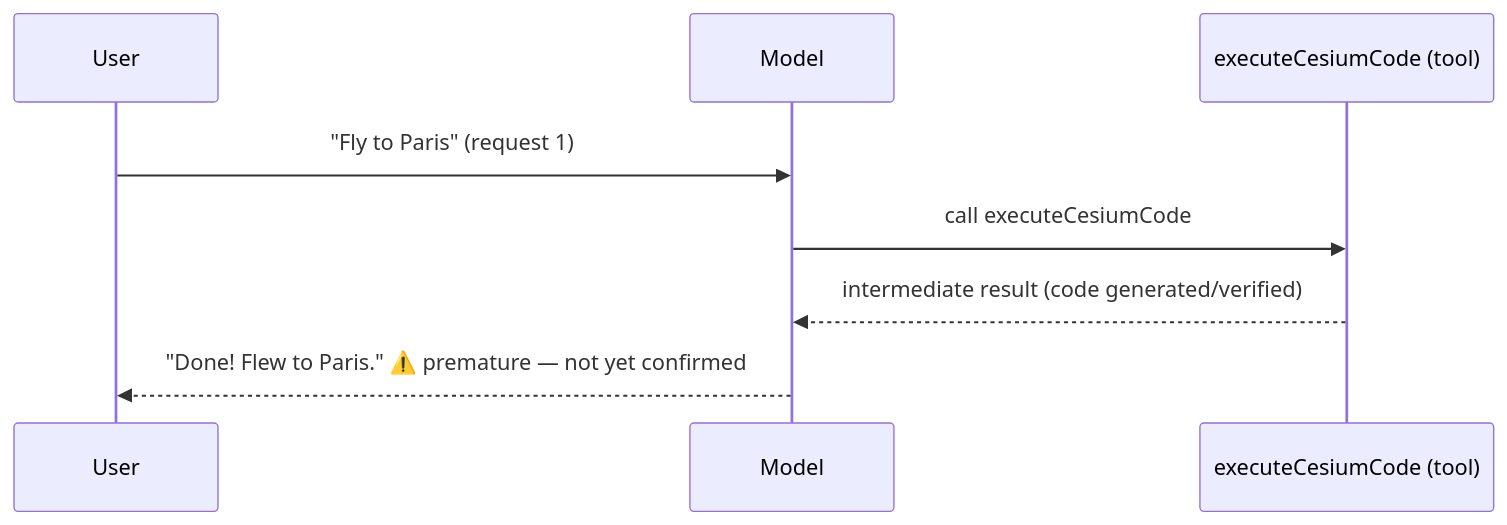
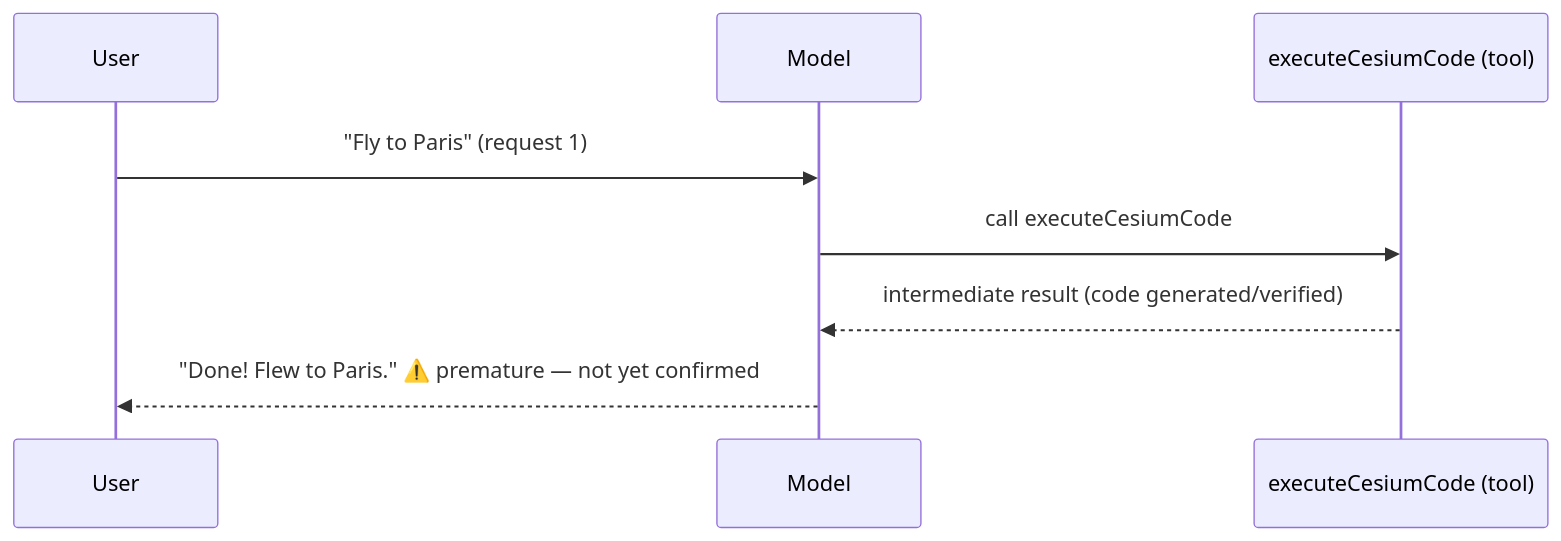
One commit to CesiumGS/cesiumjs-ai-starter-app changed the first of 3 diagrams in packages/server/README.md. Above: the diagram before and after it, drawn with Mermaid. The commit also changed other lines of this file and 69 other files, not shown here.

````diff
--- a/packages/server/README.md
+++ b/packages/server/README.md
@@ -95,11 +87,12 @@
 ```mermaid
+%%{init: {"themeVariables": {"fontSize": "18px"}, "sequence": {"actorFontSize": 17, "messageFontSize": 16, "noteFontSize": 15, "actorMargin": 70, "boxMargin": 12, "diagramMarginX": 30, "diagramMarginY": 15}}}%%
 sequenceDiagram
     participant U as User
     participant M as Model
     participant T as executeCesiumCode (tool)
 
     U->>M: "Fly to Paris" (request 1)
     M->>T: call executeCesiumCode
     T-->>M: intermediate result (code generated/verified)
     M-->>U: "Done! Flew to Paris." ⚠️ premature — not yet confirmed
 ```
````
